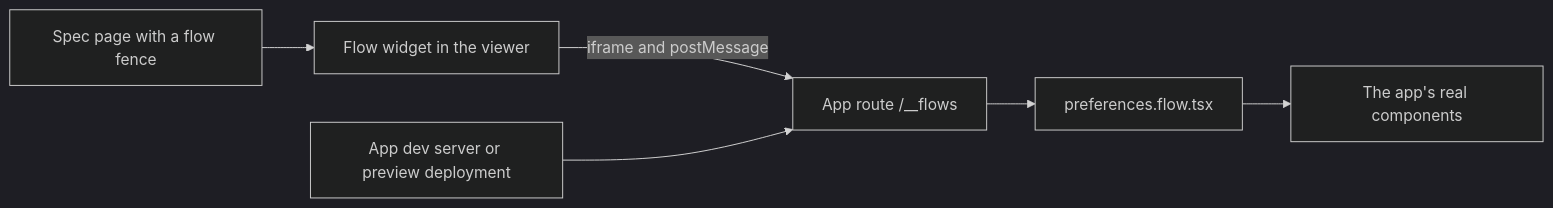
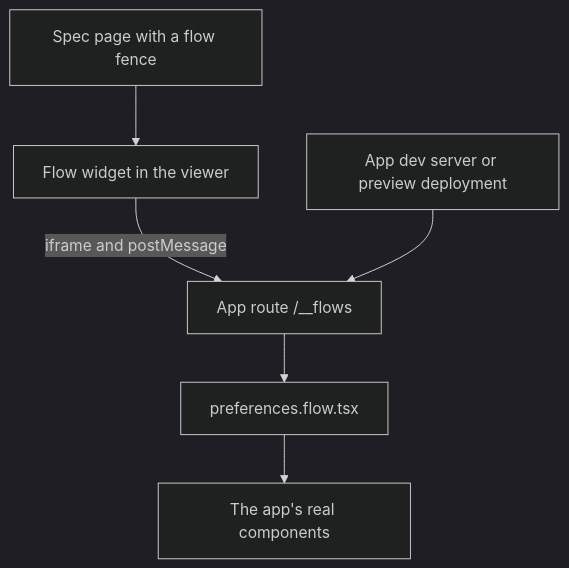
The diagram in specs/flow-preview.md (tanishqkancharla/diffmap), drawn with Mermaid (dark theme) before and after one commit.

Commit message:
Lay out the flow overview diagram top to bottom

````diff
--- a/specs/flow-preview.md
+++ b/specs/flow-preview.md
@@ -21,9 +21,9 @@
 ```mermaid [The viewer draws the controls; the app renders the states]
-flowchart LR
+flowchart TD
     S[Spec page with a flow fence] --> W[Flow widget in the viewer]
     W -->|iframe and postMessage| R[App route /__flows]
     R --> F[preferences.flow.tsx]
     F --> C[The app's real components]
     D[App dev server or preview deployment] --> R
     %% ref node:W [[src/viewer/Fence.tsx#Fence]]
 ```
````
